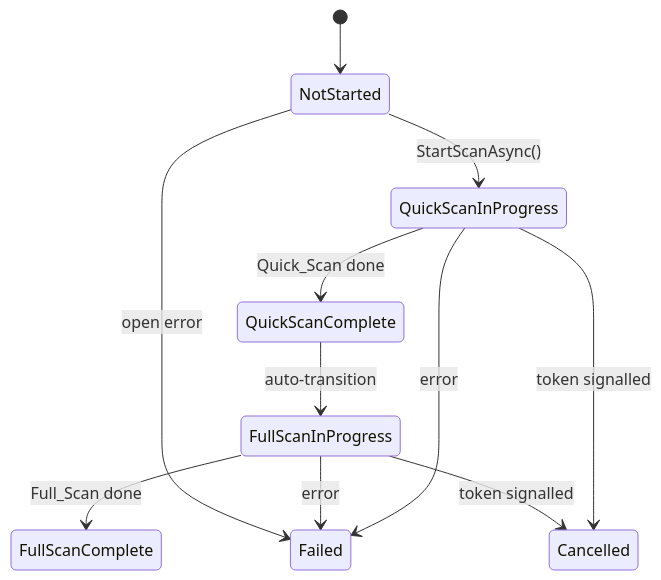
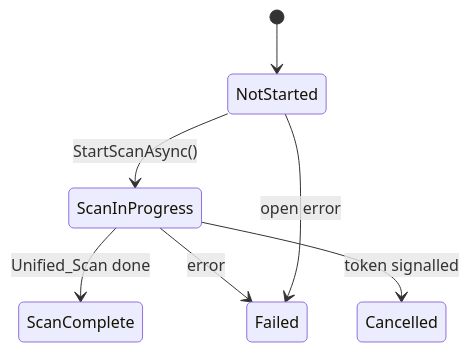
The second of 3 diagrams in .kiro/specs/_global/design-file-index.md (HerrDmitry/TextViewer), drawn with Mermaid before and after one commit. The commit also changed other lines of this file and 7 other files, not shown here.

First line of the commit message:
docs: update _global specs for unified scan pass

````diff
--- a/.kiro/specs/_global/design-file-index.md
+++ b/.kiro/specs/_global/design-file-index.md
@@ -52,13 +51,9 @@
 ```mermaid
 stateDiagram-v2
     [*] --> NotStarted
-    NotStarted --> QuickScanInProgress: StartScanAsync()
-    QuickScanInProgress --> QuickScanComplete: Quick_Scan done
-    QuickScanInProgress --> Failed: error
-    QuickScanInProgress --> Cancelled: token signalled
-    QuickScanComplete --> FullScanInProgress: auto-transition
-    FullScanInProgress --> FullScanComplete: Full_Scan done
-    FullScanInProgress --> Failed: error
-    FullScanInProgress --> Cancelled: token signalled
+    NotStarted --> ScanInProgress: StartScanAsync()
+    ScanInProgress --> ScanComplete: Unified_Scan done
+    ScanInProgress --> Failed: error
+    ScanInProgress --> Cancelled: token signalled
     NotStarted --> Failed: open error
 ```
````
